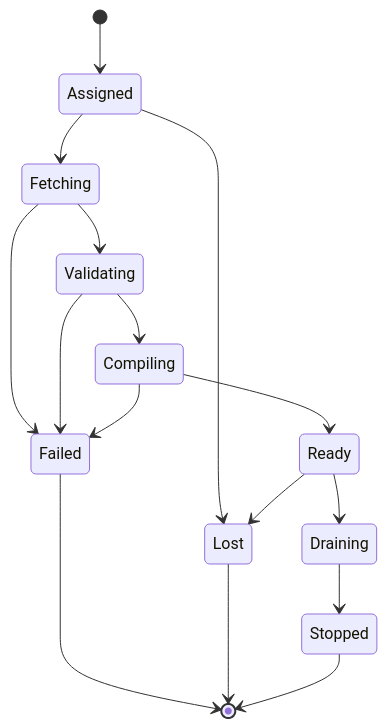
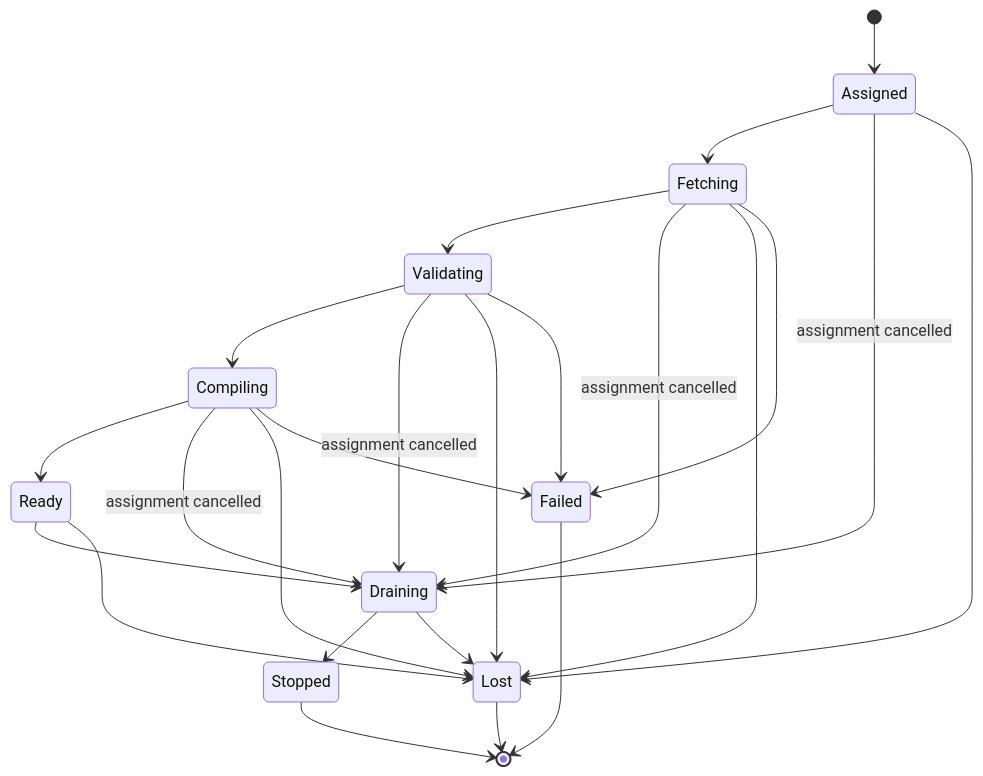
One commit to yourikka/minicloud changed the ninth of 12 diagrams in MiniCloud-Spec-v1.0.md. Above: the diagram before and after it, drawn with Mermaid. The commit also changed other lines of this file, not shown here.

````diff
--- a/MiniCloud-Spec-v1.0.md
+++ b/MiniCloud-Spec-v1.0.md
@@ -995,18 +1101,26 @@
 ```mermaid
 stateDiagram-v2
     [*] --> Assigned
     Assigned --> Fetching
     Fetching --> Validating
     Validating --> Compiling
     Compiling --> Ready
     Ready --> Draining
+    Assigned --> Draining: assignment cancelled
+    Fetching --> Draining: assignment cancelled
+    Validating --> Draining: assignment cancelled
+    Compiling --> Draining: assignment cancelled
     Draining --> Stopped
     Assigned --> Lost
+    Fetching --> Lost
+    Validating --> Lost
+    Compiling --> Lost
+    Draining --> Lost
     Fetching --> Failed
     Validating --> Failed
     Compiling --> Failed
     Ready --> Lost
     Failed --> [*]
     Lost --> [*]
     Stopped --> [*]
 ```
````
